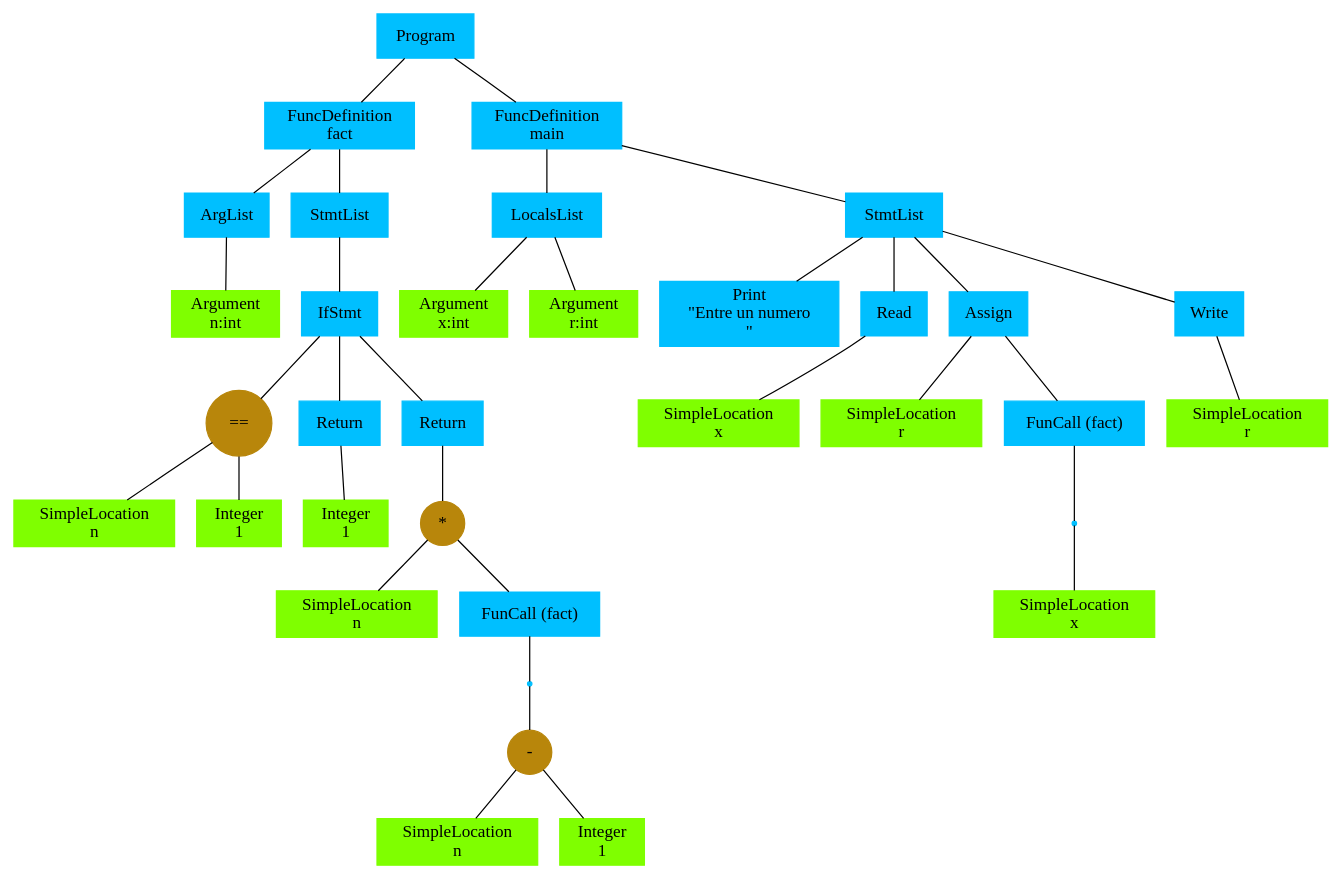
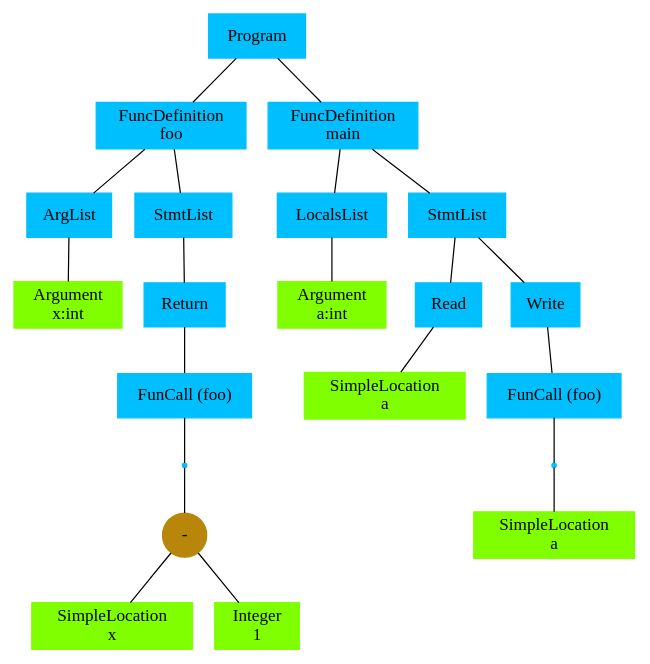
One commit to LBJuanLB/Pl0 changed the diagram in graph.dot. Above: the diagram before and after it, drawn with Graphviz. The commit also changed 1 other file, not shown here.

```diff
--- a/graph.dot
+++ b/graph.dot
@@ -1,87 +1,53 @@
 digraph AST {
 	node [color=deepskyblue shape=box style=filled]
 	edge [arrowhead=none]
 	n1 [label=Program]
 	n2 [label="FuncDefinition
-fact"]
+foo"]
 	n3 [label=ArgList]
 	n4 [label="Argument
- n:int" color=chartreuse]
+ x:int" color=chartreuse]
 	n3 -> n4
 	n2 -> n3
 	n5 [label=StmtList]
-	n6 [label=IfStmt]
-	n7 [label="==" color=darkgoldenrod shape=circle]
-	n8 [label="SimpleLocation 
-n" color=chartreuse]
-	n7 -> n8
-	n9 [label="Integer
-1" color=chartreuse]
-	n7 -> n9
-	n6 -> n7
-	n10 [label=Return]
+	n6 [label=Return]
+	n7 [label="FunCall (foo)"]
+	n8 [label=ArgList shape=point]
+	n9 [label="-" color=darkgoldenrod shape=circle]
+	n10 [label="SimpleLocation 
+x" color=chartreuse]
+	n9 -> n10
 	n11 [label="Integer
 1" color=chartreuse]
-	n10 -> n11
-	n6 -> n10
-	n12 [label=Return]
-	n13 [label="*" color=darkgoldenrod shape=circle]
-	n14 [label="SimpleLocation 
-n" color=chartreuse]
-	n13 -> n14
-	n15 [label="FunCall (fact)"]
-	n16 [label=ArgList shape=point]
-	n17 [label="-" color=darkgoldenrod shape=circle]
-	n18 [label="SimpleLocation 
-n" color=chartreuse]
-	n17 -> n18
-	n19 [label="Integer
-1" color=chartreuse]
-	n17 -> n19
-	n16 -> n17
-	n15 -> n16
-	n13 -> n15
-	n12 -> n13
-	n6 -> n12
+	n9 -> n11
+	n8 -> n9
+	n7 -> n8
+	n6 -> n7
 	n5 -> n6
 	n2 -> n5
 	n1 -> n2
-	n20 [label="FuncDefinition
+	n12 [label="FuncDefinition
 main"]
-	n21 [label=LocalsList]
-	n22 [label="Argument
- x:int" color=chartreuse]
-	n21 -> n22
-	n23 [label="Argument
- r:int" color=chartreuse]
-	n21 -> n23
+	n13 [label=LocalsList]
+	n14 [label="Argument
+ a:int" color=chartreuse]
+	n13 -> n14
+	n12 -> n13
+	n15 [label=StmtList]
+	n16 [label=Read]
+	n17 [label="SimpleLocation 
+a" color=chartreuse]
+	n16 -> n17
+	n15 -> n16
+	n18 [label=Write]
+	n19 [label="FunCall (foo)"]
+	n20 [label=ArgList shape=point]
+	n21 [label="SimpleLocation 
+a" color=chartreuse]
 	n20 -> n21
-	n24 [label=StmtList]
-	n25 [label="Print
-\"Entre un numero\n\""]
-	n24 -> n25
-	n26 [label=Read]
-	n27 [label="SimpleLocation 
-x" color=chartreuse]
-	n26 -> n27
-	n24 -> n26
-	n28 [label=Assign]
-	n29 [label="SimpleLocation 
-r" color=chartreuse]
-	n28 -> n29
-	n30 [label="FunCall (fact)"]
-	n31 [label=ArgList shape=point]
-	n32 [label="SimpleLocation 
-x" color=chartreuse]
-	n31 -> n32
-	n30 -> n31
-	n28 -> n30
-	n24 -> n28
-	n33 [label=Write]
-	n34 [label="SimpleLocation 
-r" color=chartreuse]
-	n33 -> n34
-	n24 -> n33
-	n20 -> n24
-	n1 -> n20
+	n19 -> n20
+	n18 -> n19
+	n15 -> n18
+	n12 -> n15
+	n1 -> n12
 }
```
